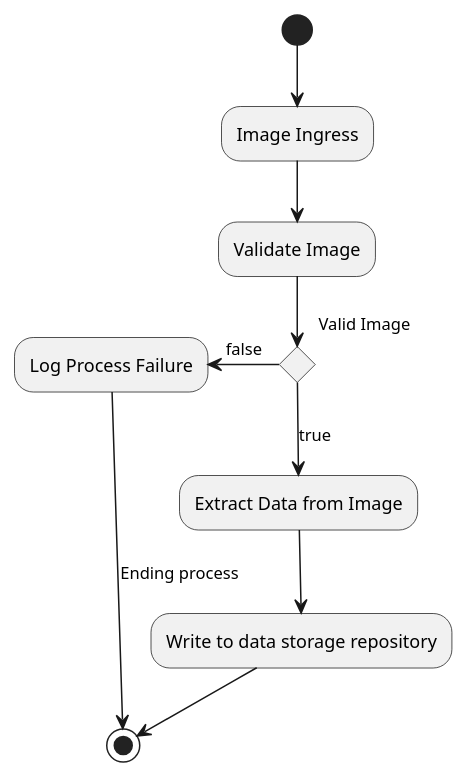
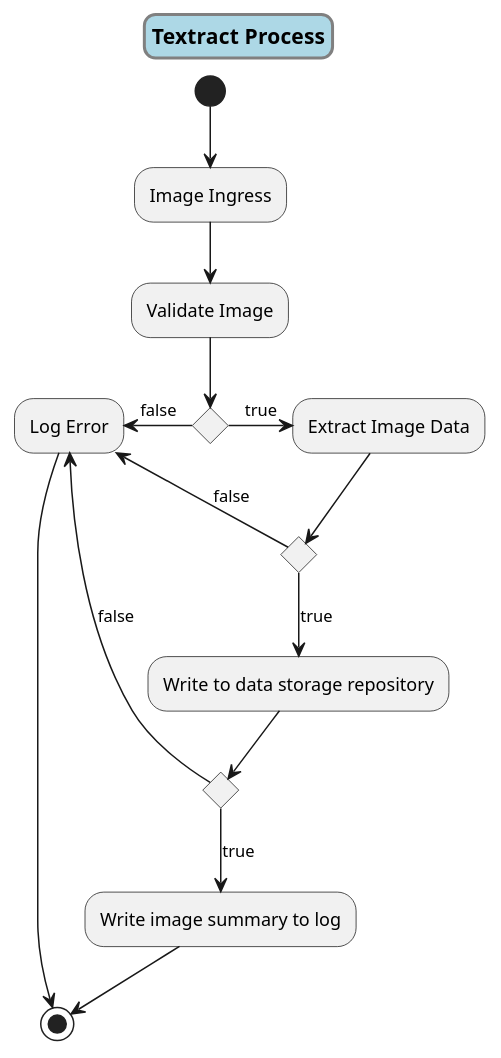
The diagram in clsg/src/main/resources/markdown/plantuml/uc-AwsTextractProcess.puml (Les-Linux/com.elbicon.coderscampus.project), drawn with PlantUML before and after one commit.

Commit message:
span style

```diff
--- a/clsg/src/main/resources/markdown/plantuml/uc-AwsTextractProcess.puml
+++ b/clsg/src/main/resources/markdown/plantuml/uc-AwsTextractProcess.puml
@@ -1,12 +1,27 @@
 @startuml
+skinparam titleBorderRoundCorner 15
+skinparam titleBorderThickness 2
+skinparam titleBorderColor grey
+skinparam titleBackgroundColor lightblue
+skinparam sequenceMessageAlign center
+title Textract Process
     (*) --> "Image Ingress"
     "Image Ingress" --> "Validate Image"
-    if "Valid Image" then
-      -->[true] "Extract Data from Image"
-      --> "Write to data storage repository"
-      --> (*)
+    if "" then
+      -right->[true] "Extract Image Data"
+      if "" then
+        -->[true] "Write to data storage repository"
+        --> if "" then
+                -->[true] "Write image summary to log"
+                --> (*)
+            else
+                -left->[false] "Log Error"
+            endif
+      else
+        -left->[false] "Log Error"
+      endif
     else
-      -left-> [false] "Log Process Failure"
-      -->[Ending process] (*)
+            -left->[false] "Log Error"
+            --> (*)
     endif
 @enduml
```
